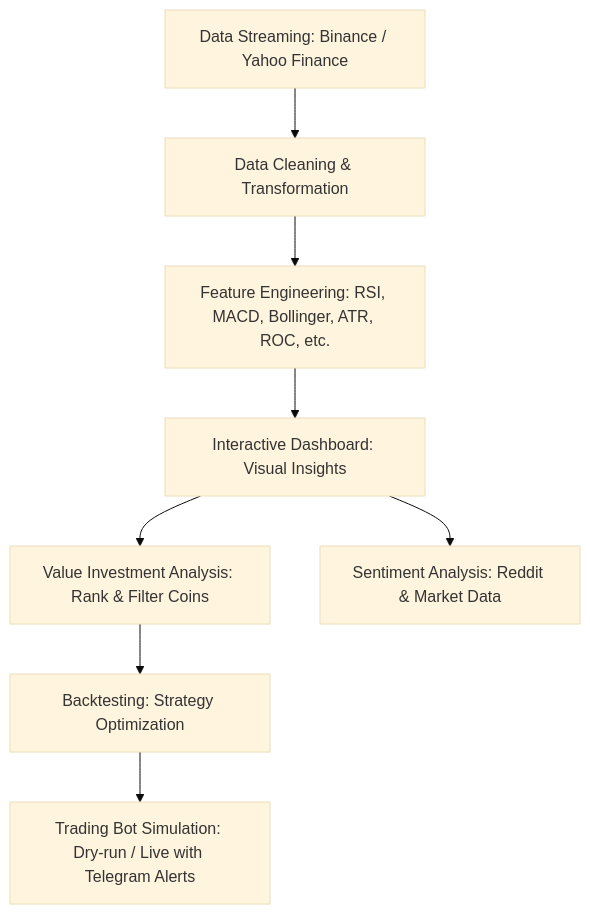
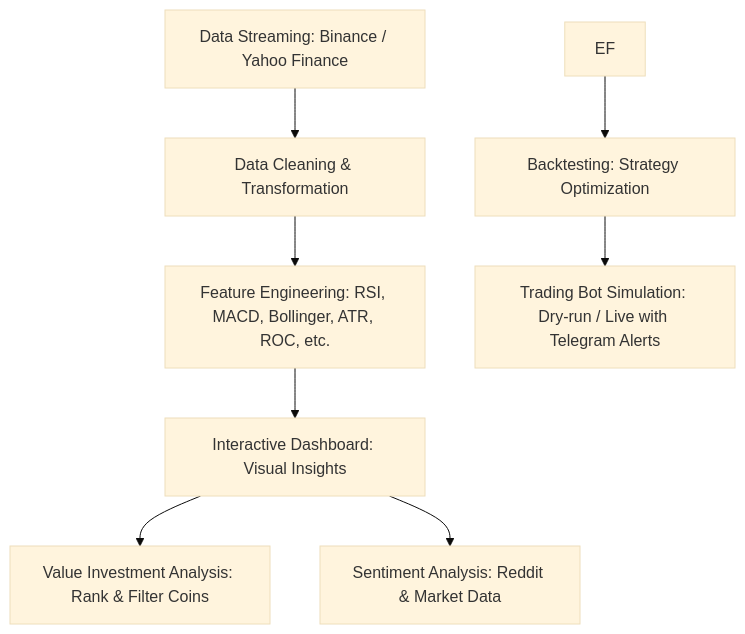
One commit to CodeEagle22/SiriFi changed the diagram in README.md. Above: the diagram before and after it, drawn with Mermaid (base theme).

````diff
--- a/README.md
+++ b/README.md
@@ -54,10 +54,10 @@
 ```mermaid
 flowchart TD
     A[Data Streaming: Binance / Yahoo Finance] --> B[Data Cleaning & Transformation]
     B --> C[Feature Engineering: RSI, MACD, Bollinger, ATR, ROC, etc.]
     C --> D[Interactive Dashboard: Visual Insights]
     D --> E[Value Investment Analysis: Rank & Filter Coins]
     D --> F[Sentiment Analysis: Reddit & Market Data]
-    E --> G[Backtesting: Strategy Optimization]
+    EF --> G[Backtesting: Strategy Optimization]
     G --> H[Trading Bot Simulation: Dry-run / Live with Telegram Alerts]
 ```
````
